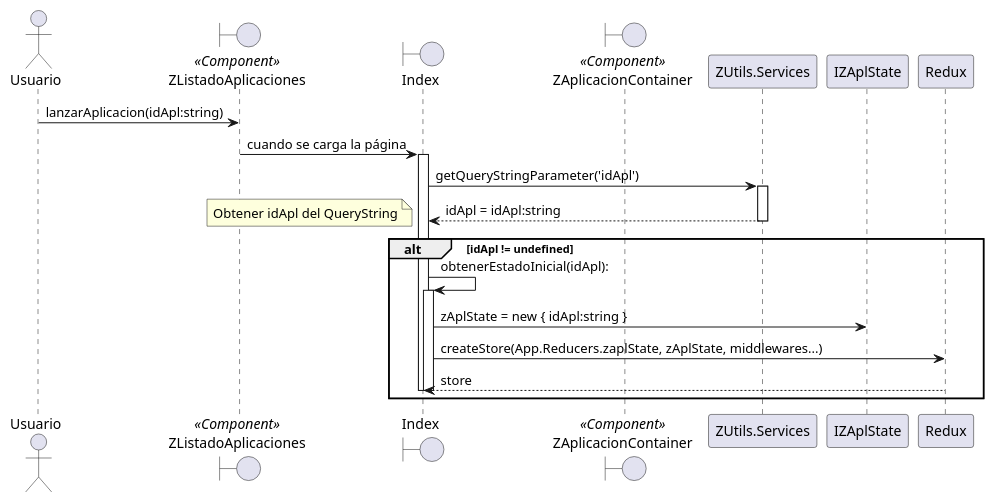
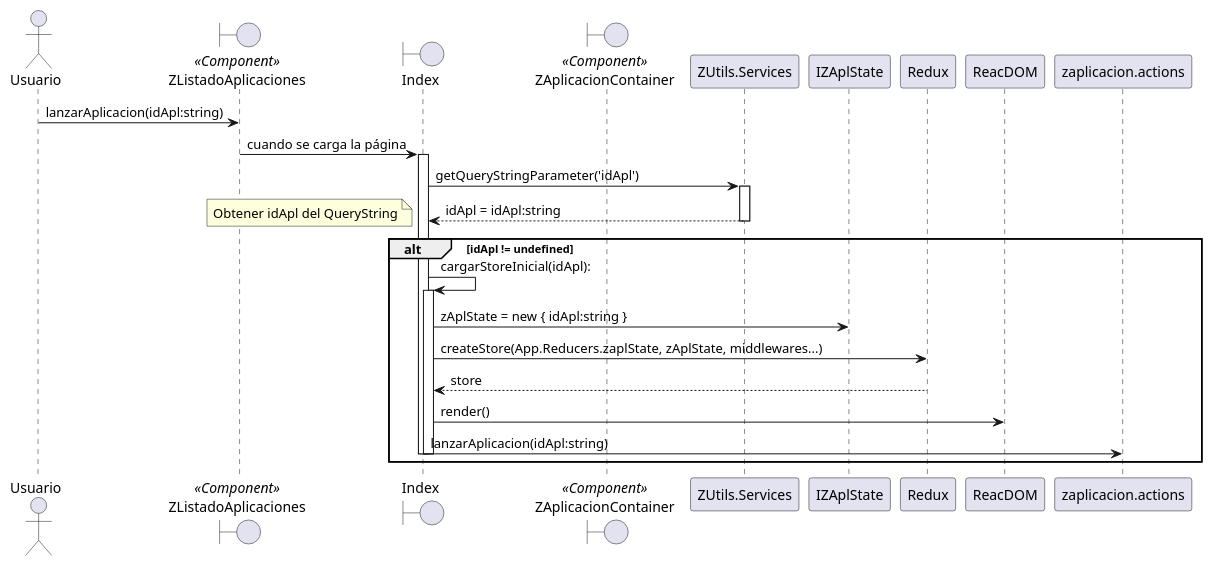
Before and after one commit to ceriosp/azenweb: the diagram in docs/zaplicacion/lanzar-aplicacion-sequence.wsd, drawn with PlantUML.

Commit message:
Lanzar aplicación con menú por default

```diff
--- a/docs/zaplicacion/lanzar-aplicacion-sequence.wsd
+++ b/docs/zaplicacion/lanzar-aplicacion-sequence.wsd
@@ -1,31 +1,33 @@
 @startuml
 
 actor Usuario
 
 boundary ZListadoAplicaciones <<Component>>
 boundary Index
 boundary ZAplicacionContainer <<Component>>
 
 Usuario -> ZListadoAplicaciones: lanzarAplicacion(idApl:string)
 ZListadoAplicaciones -> Index : cuando se carga la página
 activate Index
 
 Index -> ZUtils.Services : getQueryStringParameter('idApl')
 activate ZUtils.Services
 Index <-- ZUtils.Services: idApl = idApl:string
 deactivate ZUtils.Services
 
 alt idApl != undefined
 
 note left: Obtener idApl del QueryString
-Index -> Index:obtenerEstadoInicial(idApl):
+Index -> Index:cargarStoreInicial(idApl):
 activate Index
 Index -> IZAplState : zAplState = new { idApl:string }
 Index -> Redux: createStore(App.Reducers.zaplState, zAplState, middlewares...)
 Index <-- Redux: store
+Index -> ReacDOM: render()
+Index -> zaplicacion.actions: lanzarAplicacion(idApl:string)
 
 deactivate Index
 deactivate Index
 end
 
 @enduml
```
